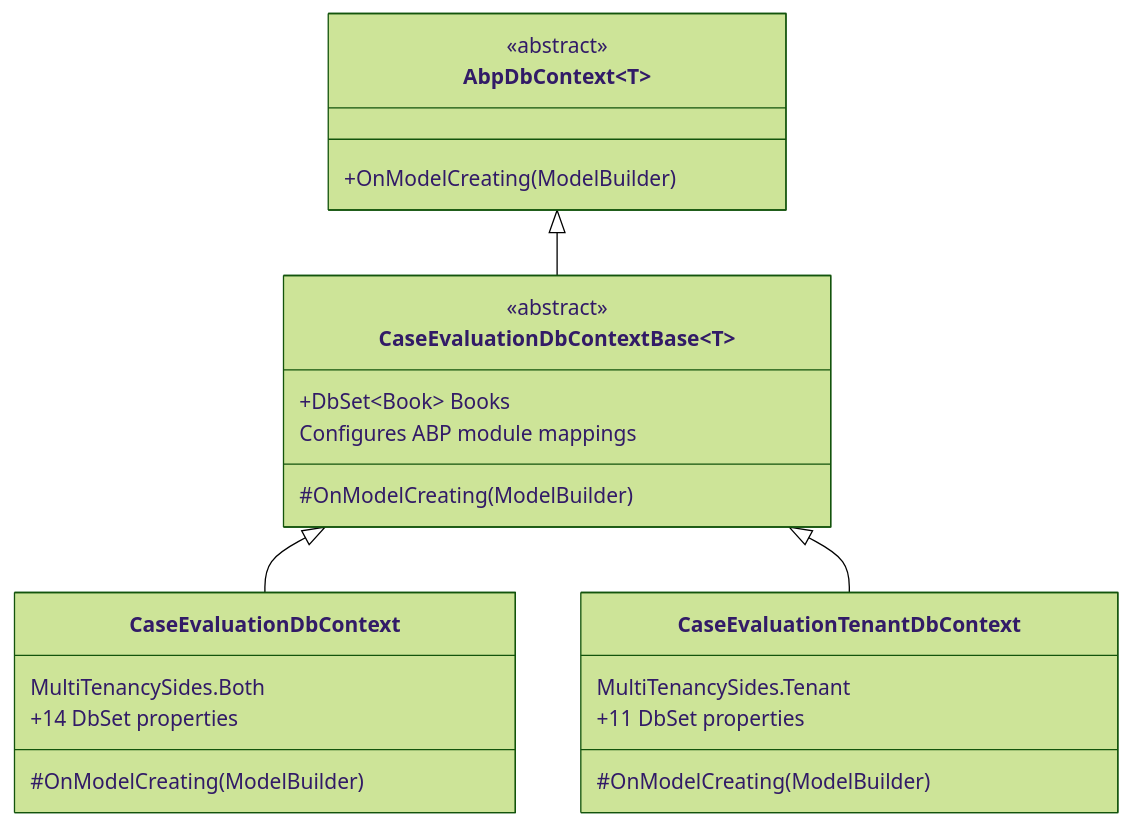
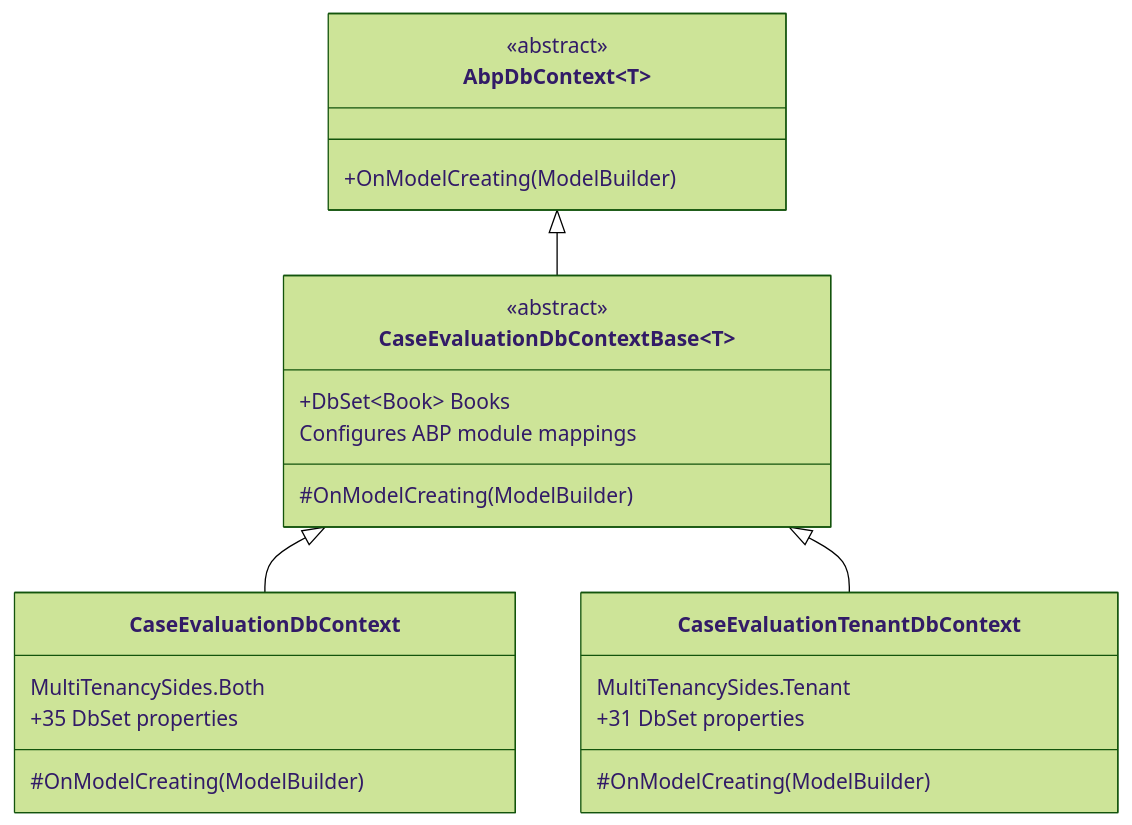
One commit to gesco-healthcare-support/hcs-patient-portal changed the first of 2 diagrams in docs/database/EF-CORE-DESIGN.md. Above: the diagram before and after it, drawn with Mermaid (forest theme). The commit also changed other lines of this file and 42 other files, not shown here.

````diff
--- a/docs/database/EF-CORE-DESIGN.md
+++ b/docs/database/EF-CORE-DESIGN.md
@@ -18,27 +20,27 @@
 ```mermaid
 classDiagram
     class AbpDbContext~T~ {
         <<abstract>>
         +OnModelCreating(ModelBuilder)
     }
     class CaseEvaluationDbContextBase~T~ {
         <<abstract>>
         +DbSet~Book~ Books
         #OnModelCreating(ModelBuilder)
         Configures ABP module mappings
     }
     class CaseEvaluationDbContext {
         MultiTenancySides.Both
-        +14 DbSet properties
+        +35 DbSet properties
         #OnModelCreating(ModelBuilder)
     }
     class CaseEvaluationTenantDbContext {
         MultiTenancySides.Tenant
-        +11 DbSet properties
+        +31 DbSet properties
         #OnModelCreating(ModelBuilder)
     }
 
     AbpDbContext~T~ <|-- CaseEvaluationDbContextBase~T~
     CaseEvaluationDbContextBase~T~ <|-- CaseEvaluationDbContext
     CaseEvaluationDbContextBase~T~ <|-- CaseEvaluationTenantDbContext
 ```
````
